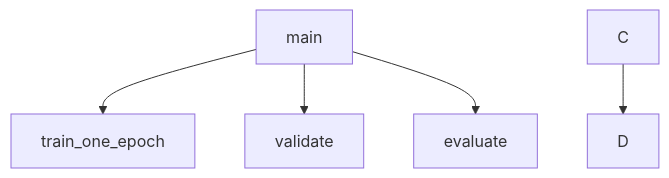
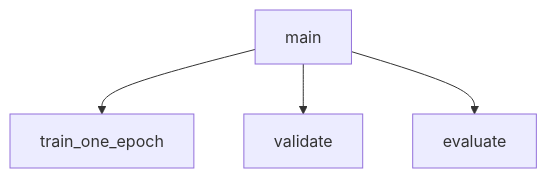
Before and after one commit to ss1237/NMEP_sp23_HW1: the first of 2 diagrams in WORKSHEET.md, drawn with Mermaid. The commit also changed other lines of this file, not shown here.

Commit message:
some diagram

````diff
--- a/WORKSHEET.md
+++ b/WORKSHEET.md
@@ -68,7 +68,6 @@
 ```mermaid
   graph TD;
       main-->train_one_epoch;
       main-->validate;
       main-->evaluate;
-      C-->D;
 ```
````
